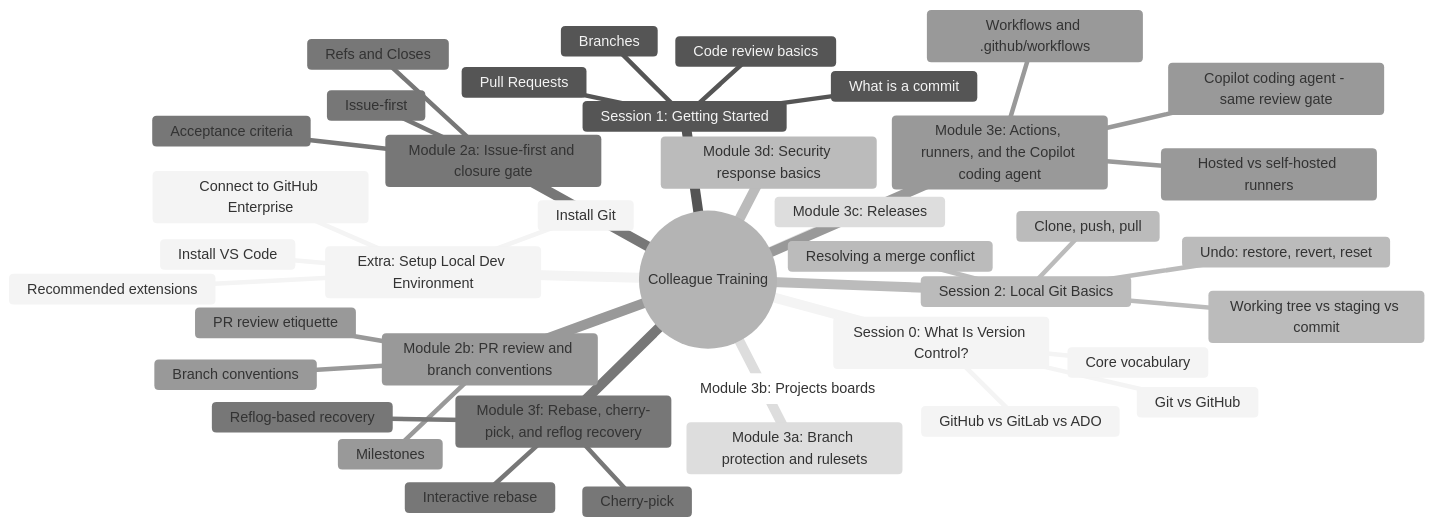
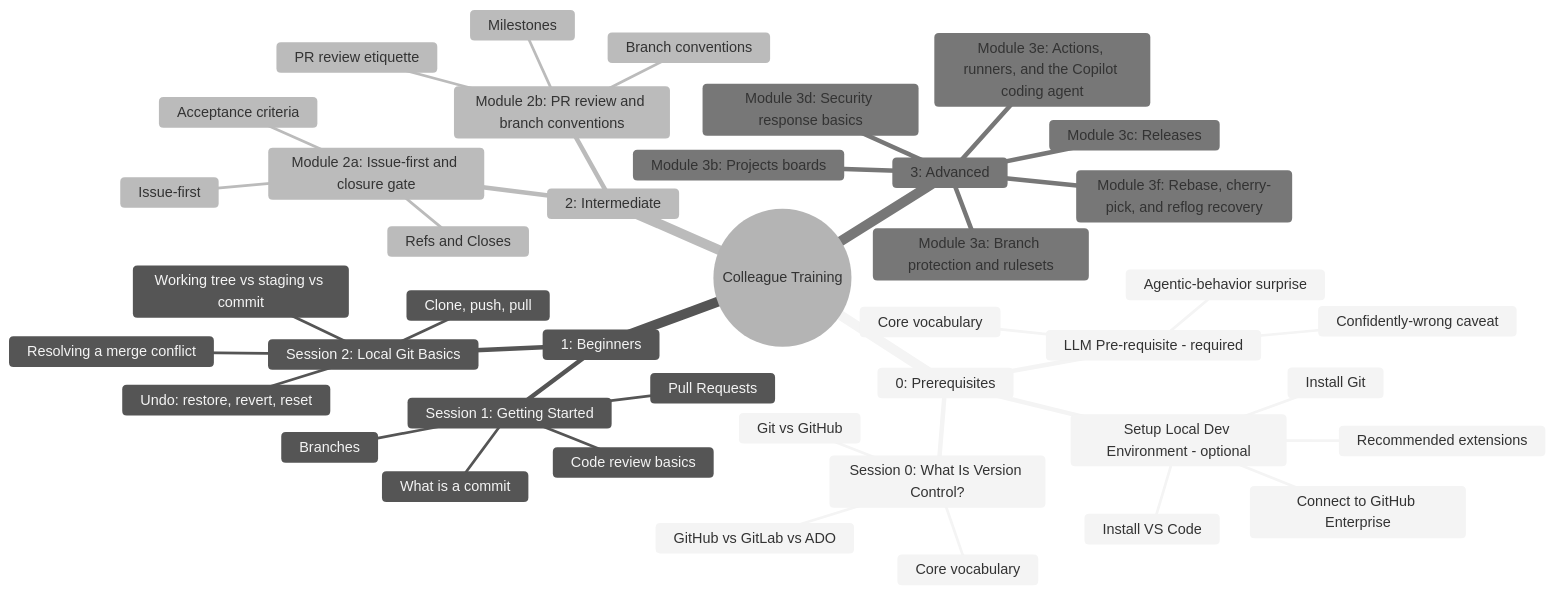
The second of 2 diagrams in education/README.md (JeanKadang/DOC-GitHub-Practice-Skills), drawn with Mermaid (neutral theme) before and after one commit. The commit also changed other lines of this file and 19 other files, not shown here.

````diff
--- a/education/README.md
+++ b/education/README.md
@@ -83,43 +95,45 @@
 ```mermaid
 mindmap
   root((Colleague Training))
-    Session 0: What Is Version Control?
-      Git vs GitHub
-      Core vocabulary
-      GitHub vs GitLab vs ADO
-    Session 1: Getting Started
-      What is a commit
-      Branches
-      Pull Requests
-      Code review basics
-    Session 2: Local Git Basics
-      Working tree vs staging vs commit
-      Clone, push, pull
-      Resolving a merge conflict
-      Undo: restore, revert, reset
-    Module 2a: Issue-first and closure gate
-      Issue-first
-      Refs and Closes
-      Acceptance criteria
-    Module 2b: PR review and branch conventions
-      PR review etiquette
-      Branch conventions
-      Milestones
-    Module 3a: Branch protection and rulesets
-    Module 3b: Projects boards
-    Module 3c: Releases
-    Module 3d: Security response basics
-    Module 3e: Actions, runners, and the Copilot coding agent
-      Workflows and .github/workflows
-      Hosted vs self-hosted runners
-      Copilot coding agent - same review gate
-    Module 3f: Rebase, cherry-pick, and reflog recovery
-      Interactive rebase
-      Cherry-pick
-      Reflog-based recovery
-    Extra: Setup Local Dev Environment
-      Install Git
-      Install VS Code
-      Connect to GitHub Enterprise
-      Recommended extensions
+    0: Prerequisites
+      Session 0: What Is Version Control?
+        Git vs GitHub
+        Core vocabulary
+        GitHub vs GitLab vs ADO
+      LLM Pre-requisite - required
+        Core vocabulary
+        Agentic-behavior surprise
+        Confidently-wrong caveat
+      Setup Local Dev Environment - optional
+        Install Git
+        Install VS Code
+        Connect to GitHub Enterprise
+        Recommended extensions
+    1: Beginners
+      Session 1: Getting Started
+        What is a commit
+        Branches
+        Pull Requests
+        Code review basics
+      Session 2: Local Git Basics
+        Working tree vs staging vs commit
+        Clone, push, pull
+        Resolving a merge conflict
+        Undo: restore, revert, reset
+    2: Intermediate
+      Module 2a: Issue-first and closure gate
+        Issue-first
+        Refs and Closes
+        Acceptance criteria
+      Module 2b: PR review and branch conventions
+        PR review etiquette
+        Branch conventions
+        Milestones
+    3: Advanced
+      Module 3a: Branch protection and rulesets
+      Module 3b: Projects boards
+      Module 3c: Releases
+      Module 3d: Security response basics
+      Module 3e: Actions, runners, and the Copilot coding agent
+      Module 3f: Rebase, cherry-pick, and reflog recovery
 ```
````
